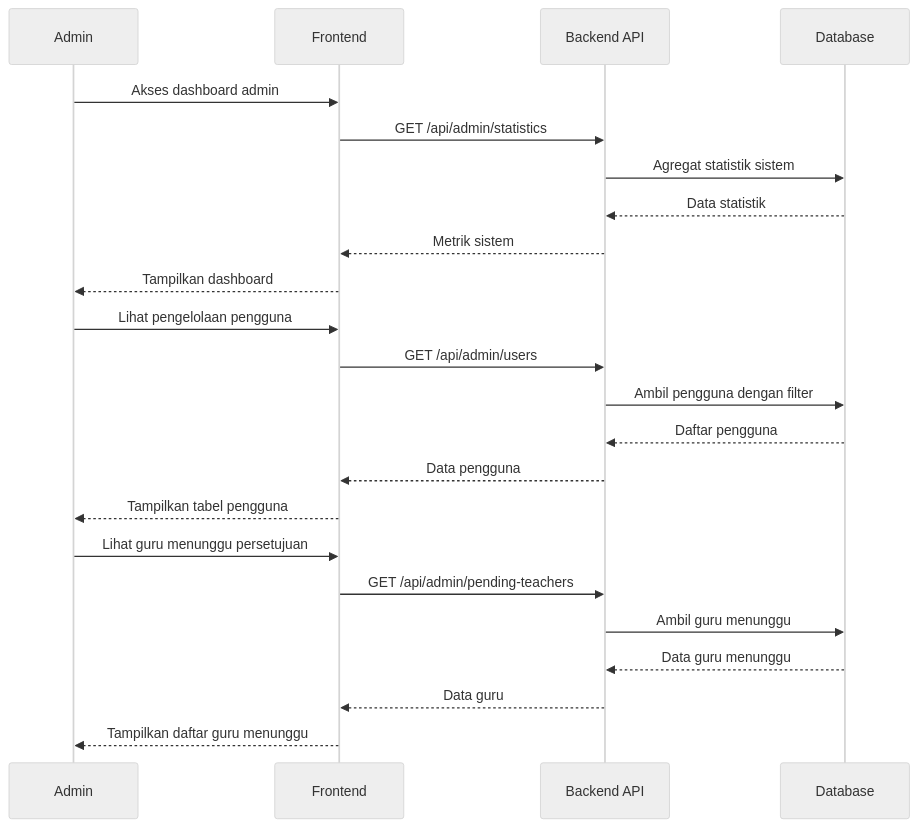
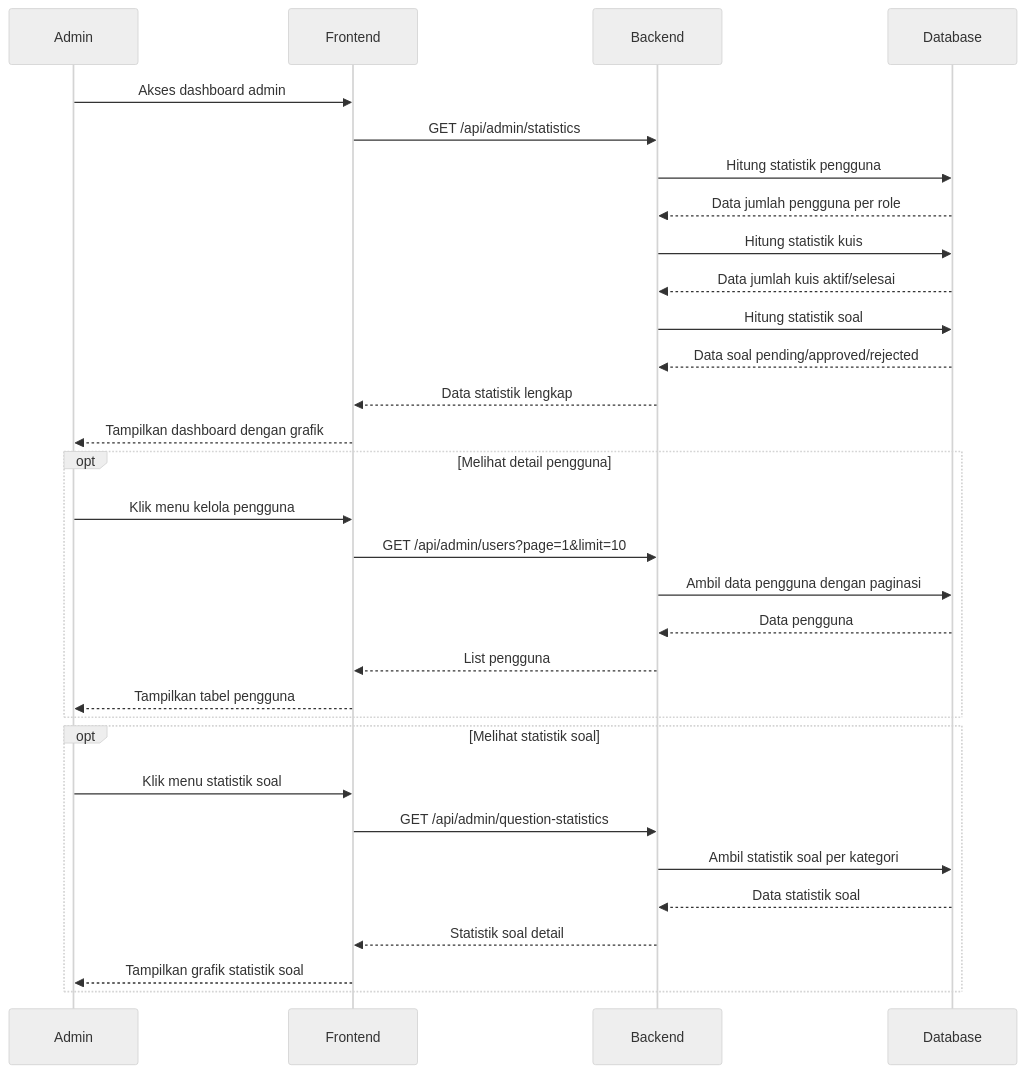
Before and after one commit to jonito2005/exam-expert-ai-docs: the tenth of 10 diagrams in sequence-diagrams.md, drawn with Mermaid (neutral theme). The commit also changed other lines of this file, not shown here.

````diff
--- a/sequence-diagrams.md
+++ b/sequence-diagrams.md
@@ -206,28 +273,36 @@
 ```mermaid
 sequenceDiagram
-    participant A as Admin
-    participant F as Frontend
-    participant API as Backend API
-    participant DB as Database
+    participant Admin
+    participant Frontend
+    participant Backend
+    participant Database
 
-    A->>F: Akses dashboard admin
-    F->>API: GET /api/admin/statistics
-    API->>DB: Agregat statistik sistem
-    DB-->>API: Data statistik
-    API-->>F: Metrik sistem
-    F-->>A: Tampilkan dashboard
-
-    A->>F: Lihat pengelolaan pengguna
-    F->>API: GET /api/admin/users
-    API->>DB: Ambil pengguna dengan filter
-    DB-->>API: Daftar pengguna
-    API-->>F: Data pengguna
-    F-->>A: Tampilkan tabel pengguna
-
-    A->>F: Lihat guru menunggu persetujuan
-    F->>API: GET /api/admin/pending-teachers
-    API->>DB: Ambil guru menunggu
-    DB-->>API: Data guru menunggu
-    API-->>F: Data guru
-    F-->>A: Tampilkan daftar guru menunggu
+    Admin->>Frontend: Akses dashboard admin
+    Frontend->>Backend: GET /api/admin/statistics
+    Backend->>Database: Hitung statistik pengguna
+    Database-->>Backend: Data jumlah pengguna per role
+    Backend->>Database: Hitung statistik kuis
+    Database-->>Backend: Data jumlah kuis aktif/selesai
+    Backend->>Database: Hitung statistik soal
+    Database-->>Backend: Data soal pending/approved/rejected
+    Backend-->>Frontend: Data statistik lengkap
+    Frontend-->>Admin: Tampilkan dashboard dengan grafik
+    
+    opt Melihat detail pengguna
+        Admin->>Frontend: Klik menu kelola pengguna
+        Frontend->>Backend: GET /api/admin/users?page=1&limit=10
+        Backend->>Database: Ambil data pengguna dengan paginasi
+        Database-->>Backend: Data pengguna
+        Backend-->>Frontend: List pengguna
+        Frontend-->>Admin: Tampilkan tabel pengguna
+    end
+    
+    opt Melihat statistik soal
+        Admin->>Frontend: Klik menu statistik soal
+        Frontend->>Backend: GET /api/admin/question-statistics
+        Backend->>Database: Ambil statistik soal per kategori
+        Database-->>Backend: Data statistik soal
+        Backend-->>Frontend: Statistik soal detail
+        Frontend-->>Admin: Tampilkan grafik statistik soal
+    end
 ```
````
